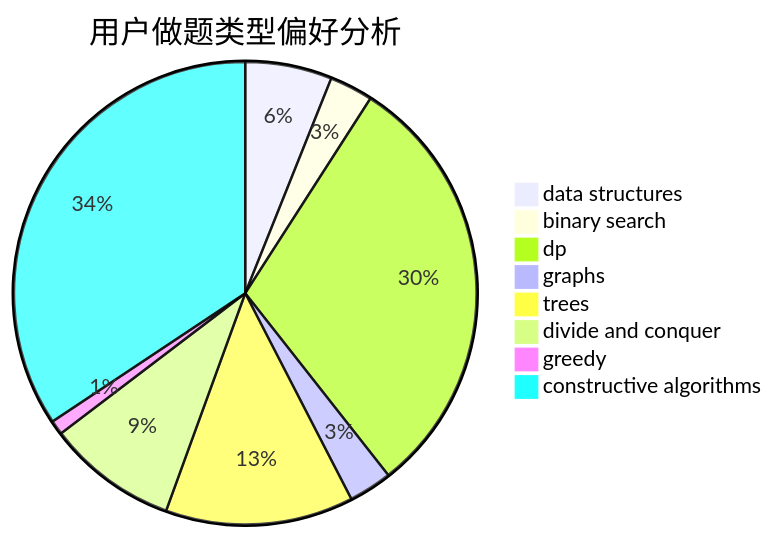
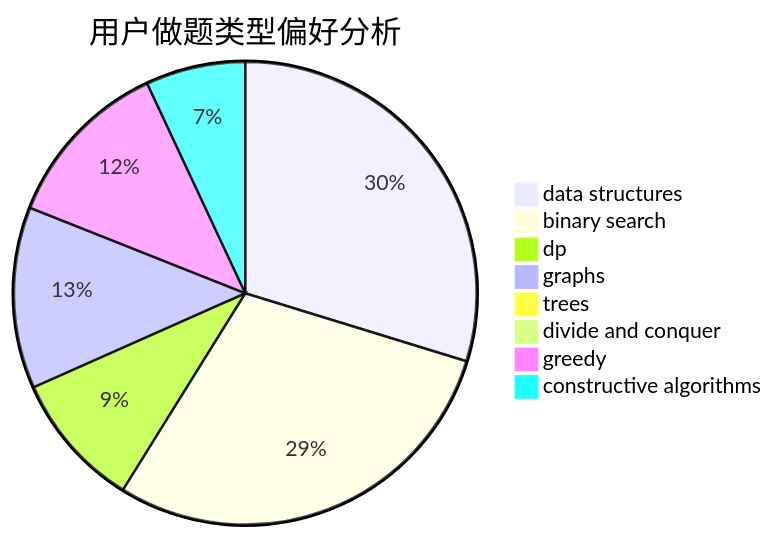
The second of 3 diagrams in docs/user/u1313.md (sherpahu/cfrs.github.io), drawn with Mermaid before and after one commit. The commit also changed other lines of this file and 2770 other files, not shown here.

````diff
--- a/docs/user/u1313.md
+++ b/docs/user/u1313.md
@@ -23,11 +23,11 @@
 ```mermaid
 pie title 用户做题类型偏好分析
-    "data structures" :  6
-    "binary search" :  3
-    "dp" :  30
-    "graphs" :  3
-    "trees" :  13
-    "divide and conquer" :  9
-    "greedy" :  1
-    "constructive algorithms" :  34
+    "data structures" :  47
+    "binary search" :  46
+    "dp" :  15
+    "graphs" :  20
+    "trees" :  0
+    "divide and conquer" :  1
+    "greedy" :  19
+    "constructive algorithms" :  11
 ```
````
